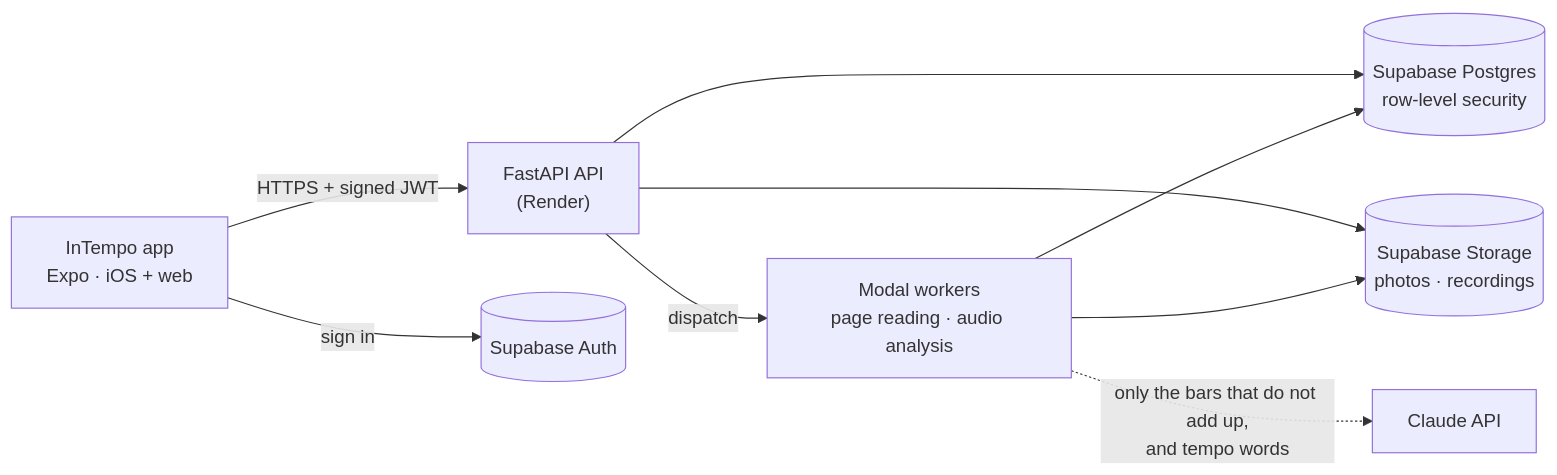
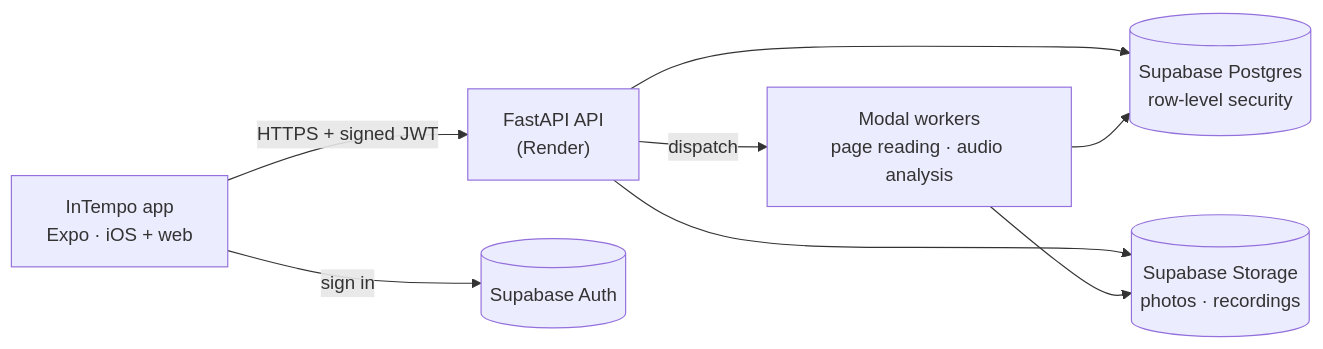
Before and after one commit to WilltheRanger/intempo: the diagram in README.md, drawn with Mermaid. The commit also changed other lines of this file and 2 other files, not shown here.

First line of the commit message:
README: diagram, live link, remove the MIT license; backend lock fix (#192)

````diff
--- a/README.md
+++ b/README.md
@@ -66,11 +69,10 @@
 ```mermaid
 flowchart LR
     App["InTempo app<br/>Expo · iOS + web"] -->|"HTTPS + signed JWT"| API["FastAPI API<br/>(Render)"]
     App -->|"sign in"| Auth[("Supabase Auth")]
     API --> DB[("Supabase Postgres<br/>row-level security")]
     API --> Store[("Supabase Storage<br/>photos · recordings")]
     API -->|"dispatch"| Workers["Modal workers<br/>page reading · audio analysis"]
     Workers --> DB
     Workers --> Store
-    Workers -.->|"only the bars that do not add up,<br/>and tempo words"| Claude["Claude API"]
 ```
````
